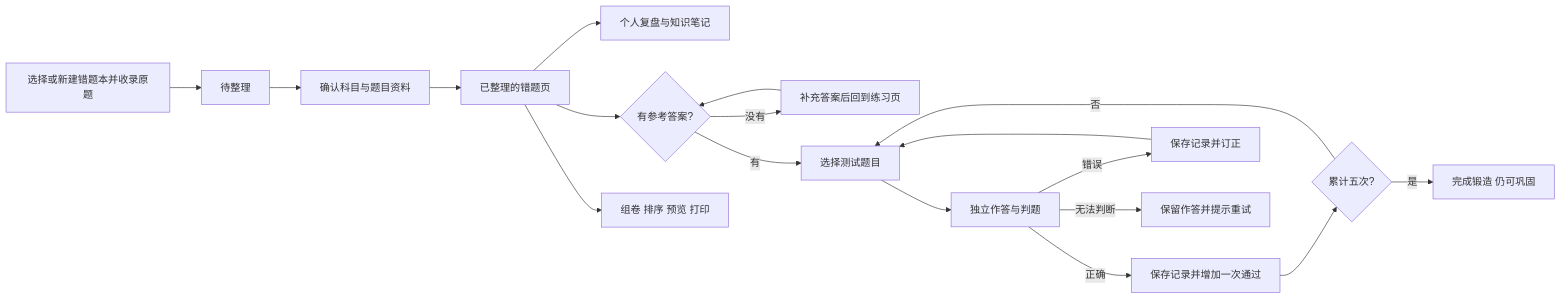
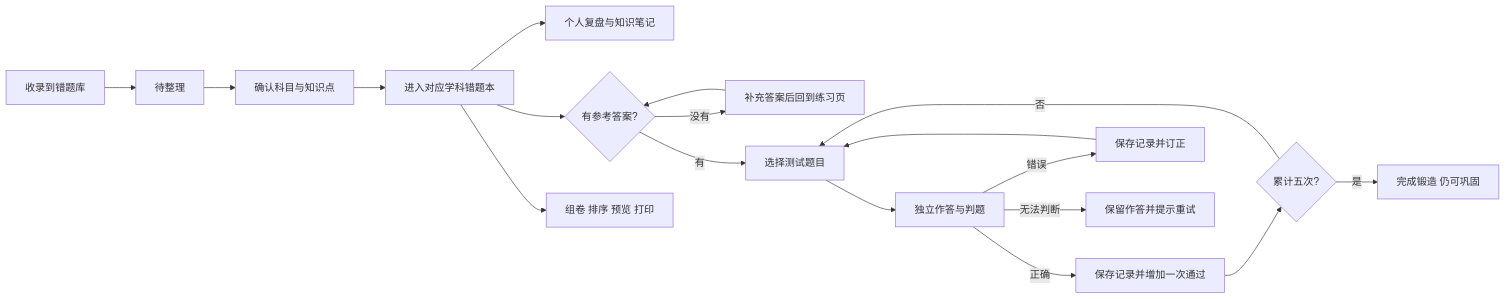
One commit to yvhaaaaan/shiti-study changed the diagram in docs/产品逻辑设计.md. Above: the diagram before and after it, drawn with Mermaid. The commit also changed other lines of this file and 16 other files, not shown here.

````diff
--- a/docs/产品逻辑设计.md
+++ b/docs/产品逻辑设计.md
@@ -9,20 +9,20 @@
 ```mermaid
 flowchart LR
-  A[选择或新建错题本并收录原题] --> B[待整理]
-  B --> C[确认科目与题目资料]
-  C --> D[已整理的错题页]
+  A[收录到错题库] --> B[待整理]
+  B --> C[确认科目与知识点]
+  C --> D[进入对应学科错题本]
   D --> E[个人复盘与知识笔记]
   D --> F{有参考答案?}
   F -- 没有 --> G[补充答案后回到练习页]
   G --> F
   F -- 有 --> H[选择测试题目]
   H --> I[独立作答与判题]
   I -- 正确 --> J[保存记录并增加一次通过]
   I -- 错误 --> K[保存记录并订正]
   I -- 无法判断 --> L[保留作答并提示重试]
   J --> M{累计五次?}
   M -- 是 --> N[完成锻造 仍可巩固]
   M -- 否 --> H
   K --> H
   D --> O[组卷 排序 预览 打印]
 ```
````
